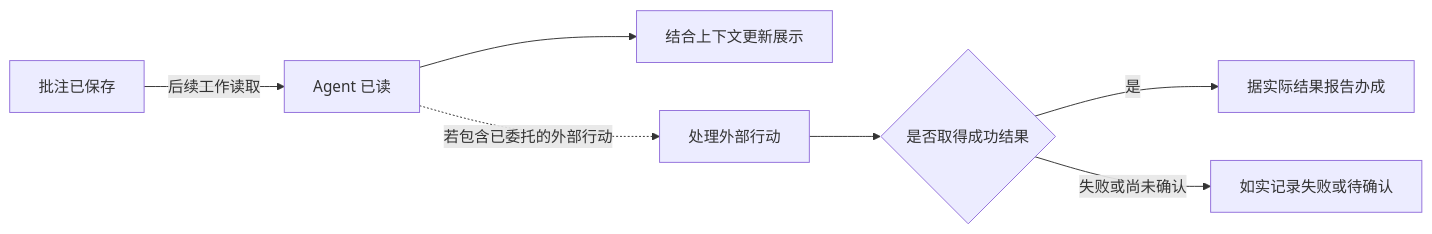
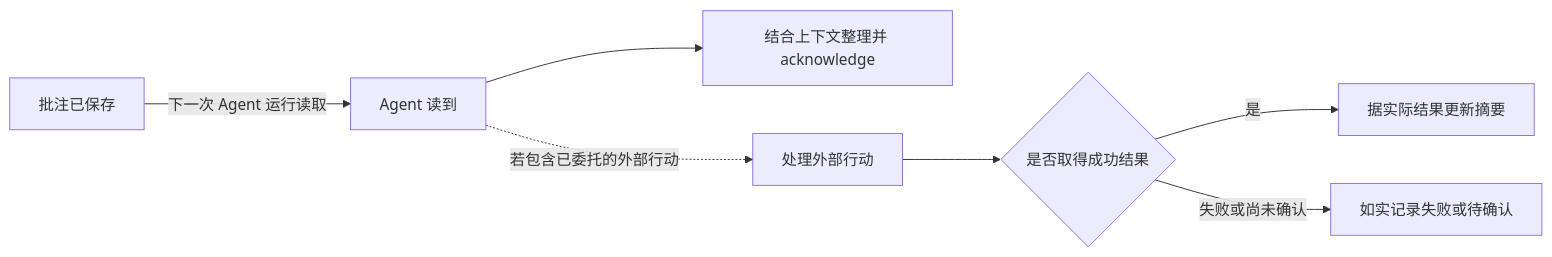
Before and after one commit to nemori-ai/fold-skill: the first of 2 diagrams in docs/user-stories.md, drawn with Mermaid. The commit also changed other lines of this file and 13 other files, not shown here.

````diff
--- a/docs/user-stories.md
+++ b/docs/user-stories.md
@@ -131,9 +122,9 @@
 ```mermaid
 flowchart LR
-  S[批注已保存] -->|后续工作读取| R[Agent 已读]
-  R --> D[结合上下文更新展示]
+  S[批注已保存] -->|下一次 Agent 运行读取| R[Agent 读到]
+  R --> D[结合上下文整理并 acknowledge]
   R -.->|若包含已委托的外部行动| A[处理外部行动]
   A --> Q{是否取得成功结果}
-  Q -->|是| C[据实际结果报告办成]
+  Q -->|是| C[据实际结果更新摘要]
   Q -->|失败或尚未确认| U[如实记录失败或待确认]
 ```
````
